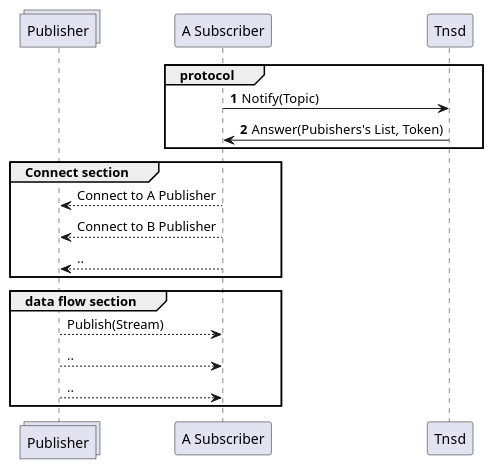
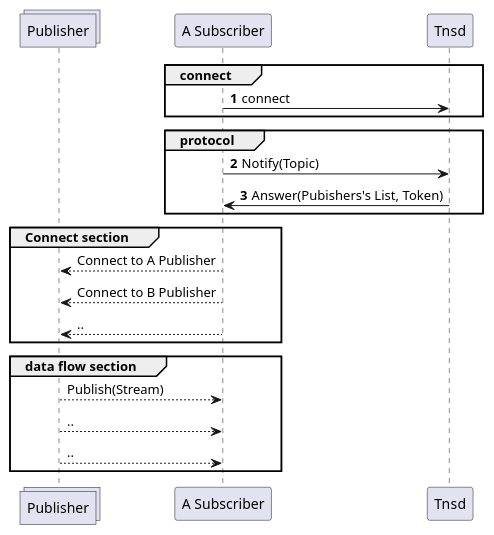
The diagram in doori-uml/Subscriber flow.puml (dooripapa/doori-project), drawn with PlantUML before and after one commit. The commit also changed 18 other files, not shown here.

```diff
--- a/doori-uml/Subscriber flow.puml
+++ b/doori-uml/Subscriber flow.puml
@@ -1,25 +1,29 @@
 @startuml
 'https://plantuml.com/sequence-diagram
 
 collections Publisher as Publisher
 
 autonumber
+group connect
+    "A Subscriber" -> Tnsd : connect
+end
+
 group protocol
     "A Subscriber" -> Tnsd : Notify(Topic)
     "A Subscriber" <- Tnsd : Answer(Pubishers's List, Token)
 end
 
 autonumber stop
 group Connect section
     "A Subscriber" --> Publisher : Connect to A Publisher
     "A Subscriber" --> Publisher : Connect to B Publisher
     "A Subscriber" --> Publisher : ..
 end
 
 autonumber stop
 group data flow section
     "A Subscriber" <-- Publisher : Publish(Stream)
     "A Subscriber" <-- Publisher : ..
     "A Subscriber" <-- Publisher : ..
 end
 @enduml
```
